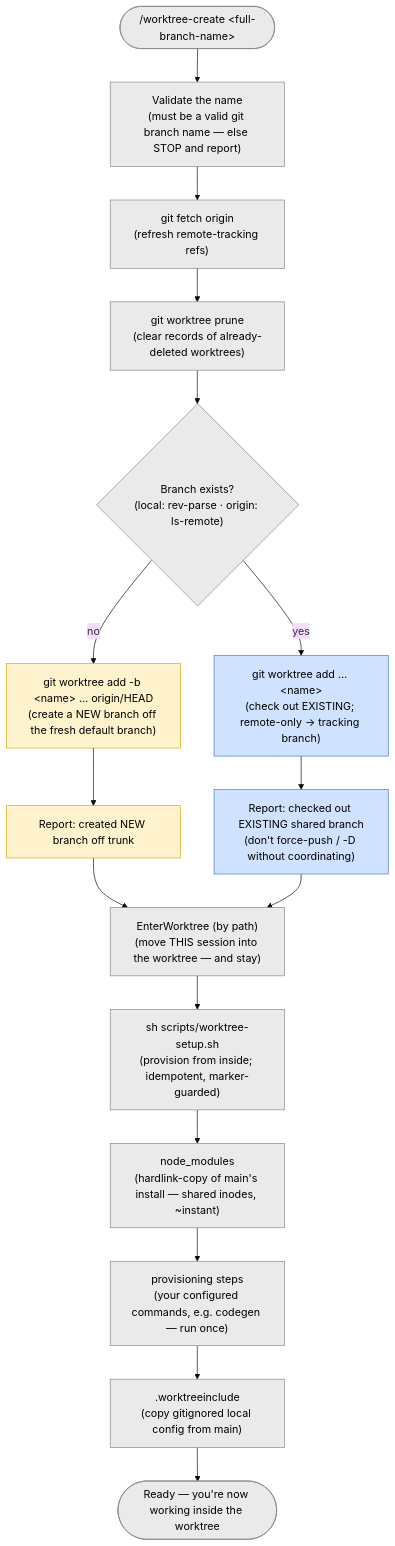
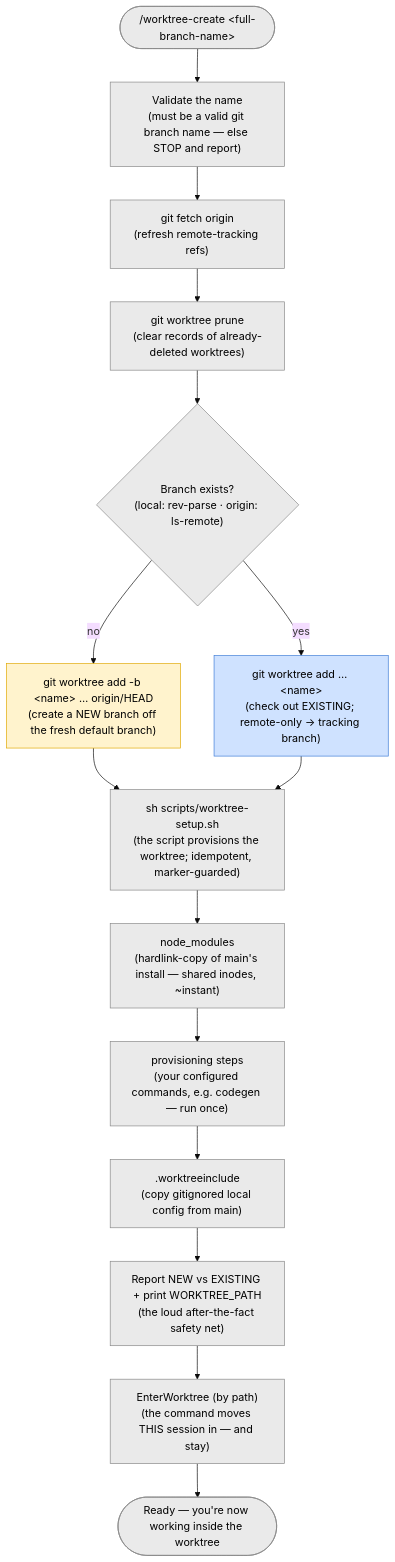
The first of 4 diagrams in worktree-per-issue/template/docs/worktrees.md (pilniczek/worktree-toolbox), drawn with Mermaid (base theme) before and after one commit. The commit also changed other lines of this file and 30 other files, not shown here.

Commit message:
✨ worktree command logic changed to shell scripts

````diff
--- a/worktree-per-issue/template/docs/worktrees.md
+++ b/worktree-per-issue/template/docs/worktrees.md
@@ -68,26 +68,26 @@
 ```mermaid
 flowchart TD
   start(["/worktree-create &lt;full-branch-name&gt;"])
   start --> validate["Validate the name<br/>(must be a valid git branch name — else STOP and report)"]
   validate --> fetch["git fetch origin<br/>(refresh remote-tracking refs)"]
   fetch --> prune["git worktree prune<br/>(clear records of already-deleted worktrees)"]
   prune --> exists{"Branch exists?<br/>(local: rev-parse · origin: ls-remote)"}
   exists -->|"no"| createnew["git worktree add -b &lt;name&gt; … origin/HEAD<br/>(create a NEW branch off the fresh default branch)"]
   exists -->|"yes"| checkout["git worktree add … &lt;name&gt;<br/>(check out EXISTING; remote-only → tracking branch)"]
-  createnew --> reportnew["Report: created NEW branch off trunk"]
-  checkout --> reportold["Report: checked out EXISTING shared branch<br/>(don't force-push / -D without coordinating)"]
-  reportnew --> enter["EnterWorktree (by path)<br/>(move THIS session into the worktree — and stay)"]
-  reportold --> enter
-  enter --> setup["sh scripts/worktree-setup.sh<br/>(provision from inside; idempotent, marker-guarded)"]
+  createnew --> setup
+  checkout --> setup
+  setup["sh scripts/worktree-setup.sh<br/>(the script provisions the worktree; idempotent, marker-guarded)"]
   setup --> nm["node_modules<br/>(hardlink-copy of main's install — shared inodes, ~instant)"]
   nm --> steps["provisioning steps<br/>(your configured commands, e.g. codegen — run once)"]
   steps --> cfg[".worktreeinclude<br/>(copy gitignored local config from main)"]
-  cfg --> ready(["Ready — you're now working inside the worktree"])
+  cfg --> report["Report NEW vs EXISTING + print WORKTREE_PATH<br/>(the loud after-the-fact safety net)"]
+  report --> enter["EnterWorktree (by path)<br/>(the command moves THIS session in — and stay)"]
+  enter --> ready(["Ready — you're now working inside the worktree"])
 
   classDef step fill:#eaeaea,stroke:#888,color:#000;
   classDef newc fill:#fff3cd,stroke:#e0a800,color:#000;
   classDef oldc fill:#cfe2ff,stroke:#3d7bd6,color:#000;
-  class start,validate,fetch,prune,exists,enter,setup,nm,steps,cfg,ready step;
-  class createnew,reportnew newc;
-  class checkout,reportold oldc;
+  class start,validate,fetch,prune,exists,setup,nm,steps,cfg,report,enter,ready step;
+  class createnew newc;
+  class checkout oldc;
 ```
````
